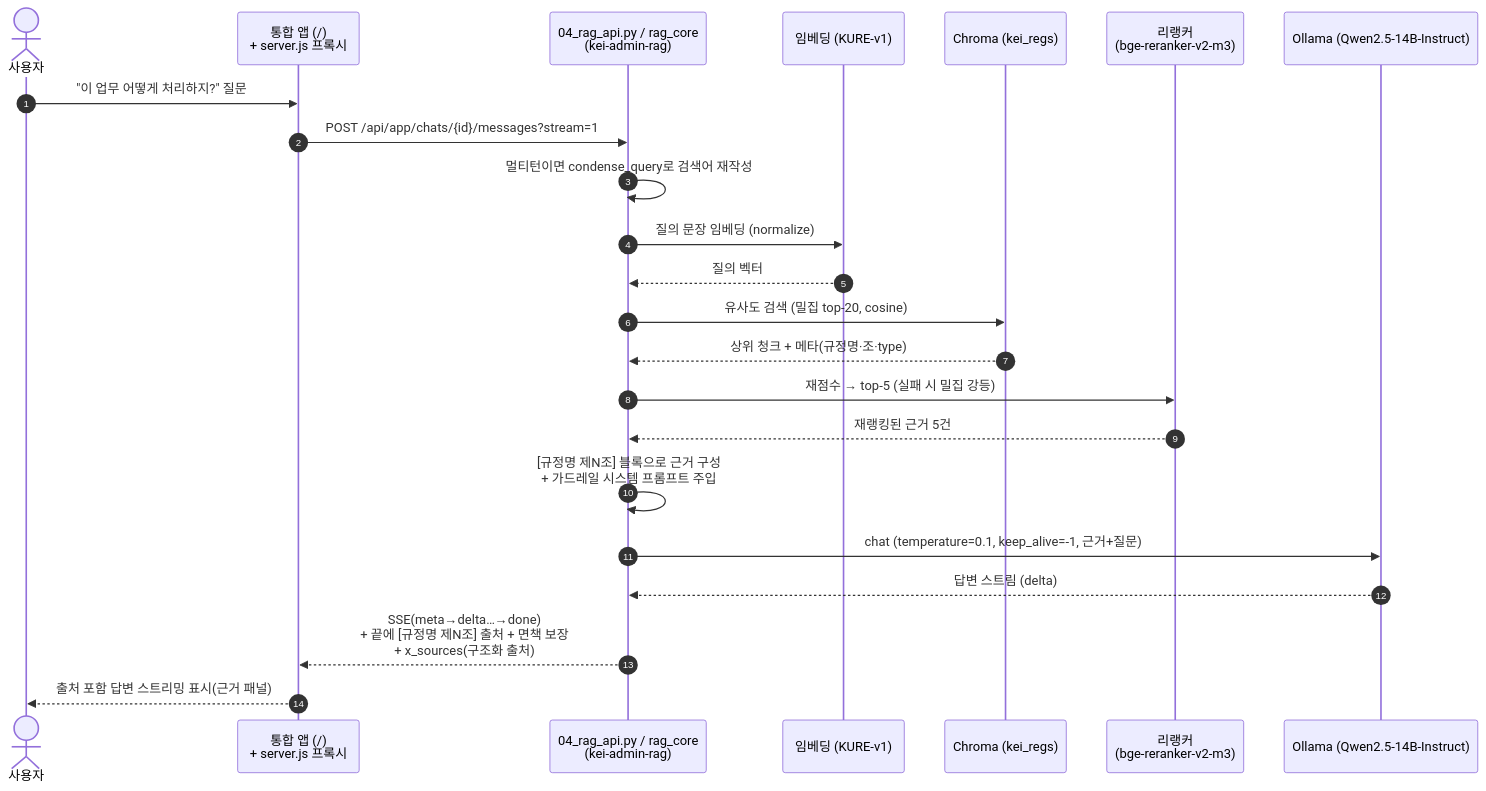
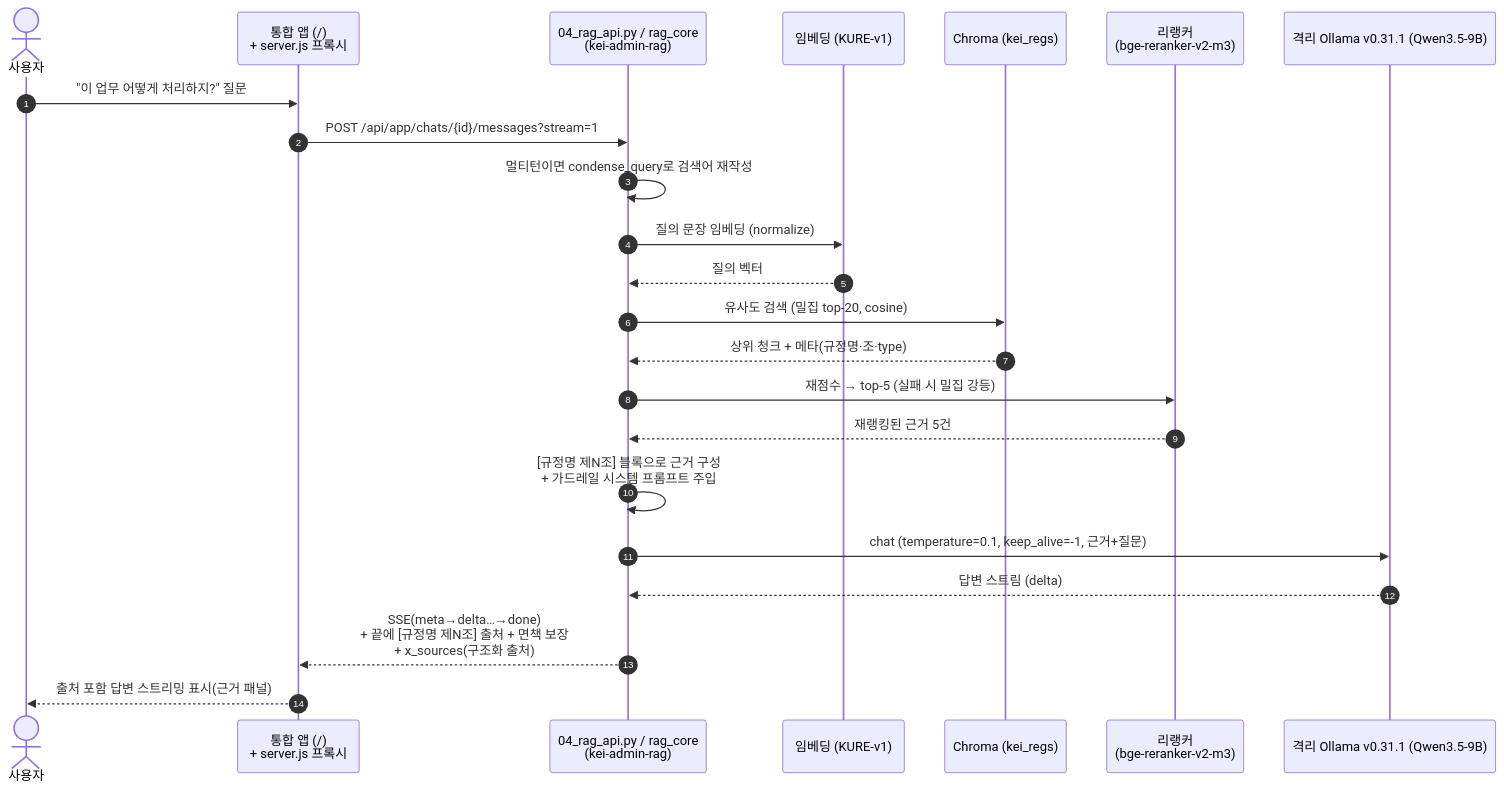
The third of 4 diagrams in docs/02-architecture.md (mooner92/KEIAdminSuperv), drawn with Mermaid before and after one commit. The commit also changed other lines of this file and 17 other files, not shown here.

First line of the commit message:
docs: README + docs 전체 최신화 — Qwen3.5/Ollama·Next.js+TDS·7시스템·신규 플래그

````diff
--- a/docs/02-architecture.md
+++ b/docs/02-architecture.md
@@ -150,26 +150,26 @@
 ```mermaid
 sequenceDiagram
     autonumber
     actor U as 사용자
     participant A as 통합 앱 (/)<br/>+ server.js 프록시
     participant R as 04_rag_api.py / rag_core<br/>(kei-admin-rag)
     participant E as 임베딩 (KURE-v1)
     participant C as Chroma (kei_regs)
     participant K as 리랭커<br/>(bge-reranker-v2-m3)
-    participant L as Ollama (Qwen2.5-14B-Instruct)
+    participant L as 격리 Ollama v0.31.1 (Qwen3.5-9B)
 
     U->>A: "이 업무 어떻게 처리하지?" 질문
     A->>R: POST /api/app/chats/{id}/messages?stream=1
     R->>R: 멀티턴이면 condense_query로 검색어 재작성
     R->>E: 질의 문장 임베딩 (normalize)
     E-->>R: 질의 벡터
     R->>C: 유사도 검색 (밀집 top-20, cosine)
     C-->>R: 상위 청크 + 메타(규정명·조·type)
     R->>K: 재점수 → top-5 (실패 시 밀집 강등)
     K-->>R: 재랭킹된 근거 5건
     R->>R: [규정명 제N조] 블록으로 근거 구성<br/>+ 가드레일 시스템 프롬프트 주입
     R->>L: chat (temperature=0.1, keep_alive=-1, 근거+질문)
     L-->>R: 답변 스트림 (delta)
     R-->>A: SSE(meta→delta…→done)<br/>+ 끝에 [규정명 제N조] 출처 + 면책 보장<br/>+ x_sources(구조화 출처)
     A-->>U: 출처 포함 답변 스트리밍 표시(근거 패널)
 ```
````
